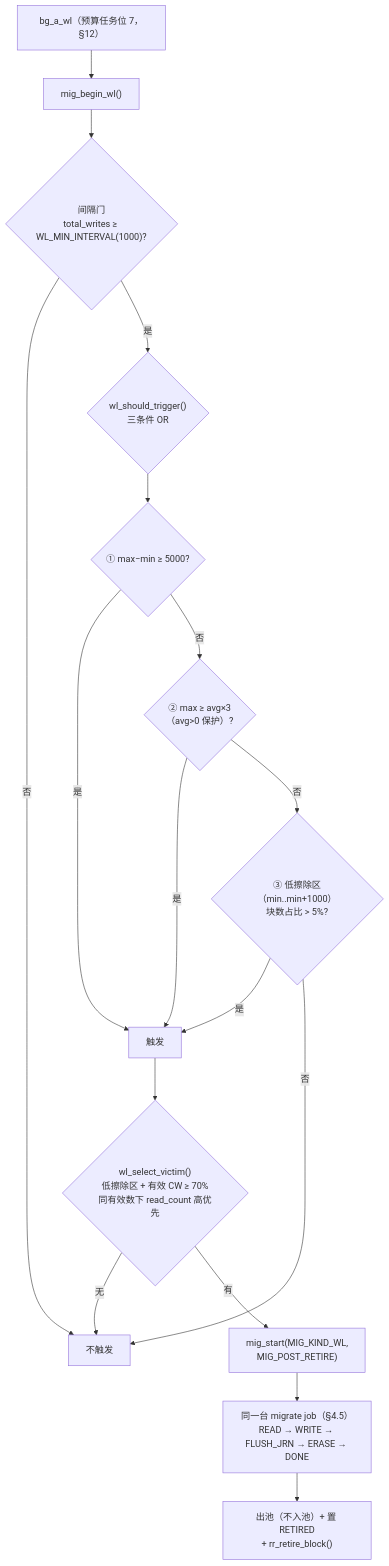
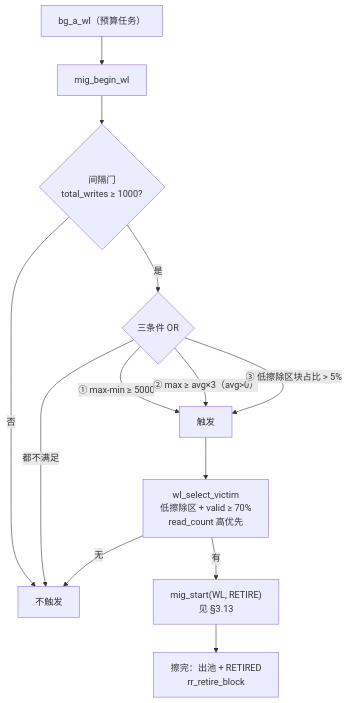
The fifth of 28 diagrams in docs/design/ftl_design.md (YzYMIAO/BASESSD), drawn with Mermaid before and after one commit. The commit also changed other lines of this file and 4 other files, not shown here.

````diff
--- a/docs/design/ftl_design.md
+++ b/docs/design/ftl_design.md
@@ -1524,19 +886,15 @@
 ```mermaid
 flowchart TD
-    WL["bg_a_wl（预算任务位 7，§12）"] --> BEGIN["mig_begin_wl()"]
-    BEGIN --> GATE{"间隔门<br/>total_writes ≥ WL_MIN_INTERVAL(1000)?"}
-    GATE -- 否 --> NONE["不触发"]
-    GATE -- 是 --> TRIG{"wl_should_trigger()<br/>三条件 OR"}
-    TRIG --> C1{"① max−min ≥ 5000?"}
-    C1 -- 是 --> HIT
-    C1 -- 否 --> C2{"② max ≥ avg×3<br/>（avg>0 保护）?"}
-    C2 -- 是 --> HIT
-    C2 -- 否 --> C3{"③ 低擦除区（min..min+1000）<br/>块数占比 > 5%?"}
-    C3 -- 是 --> HIT
-    C3 -- 否 --> NONE
-    HIT["触发"] --> VICT{"wl_select_victim()<br/>低擦除区 + 有效 CW ≥ 70%<br/>同有效数下 read_count 高优先"}
-    VICT -- 无 --> NONE
-    VICT -- 有 --> MIG["mig_start(MIG_KIND_WL,<br/>MIG_POST_RETIRE)"]
-    MIG --> SAME["同一台 migrate job（§4.5）<br/>READ → WRITE → FLUSH_JRN → ERASE → DONE"]
-    SAME --> RETIRE["出池（不入池）+ 置 RETIRED<br/>+ rr_retire_block()"]
+    W1["bg_a_wl（预算任务）"] --> W2["mig_begin_wl"]
+    W2 --> W3{"间隔门<br/>total_writes ≥ 1000?"}
+    W3 -- "否" --> W0["不触发"]
+    W3 -- "是" --> W4{"三条件 OR"}
+    W4 -- "① max-min ≥ 5000" --> HIT["触发"]
+    W4 -- "② max ≥ avg×3（avg>0）" --> HIT
+    W4 -- "③ 低擦除区块占比 > 5%" --> HIT
+    W4 -- "都不满足" --> W0
+    HIT --> W5["wl_select_victim<br/>低擦除区 + valid ≥ 70%<br/>read_count 高优先"]
+    W5 -- "无" --> W0
+    W5 -- "有" --> W6["mig_start(WL, RETIRE)<br/>见 §3.13"]
+    W6 --> W7["擦完：出池 + RETIRED<br/>rr_retire_block"]
 ```
````
